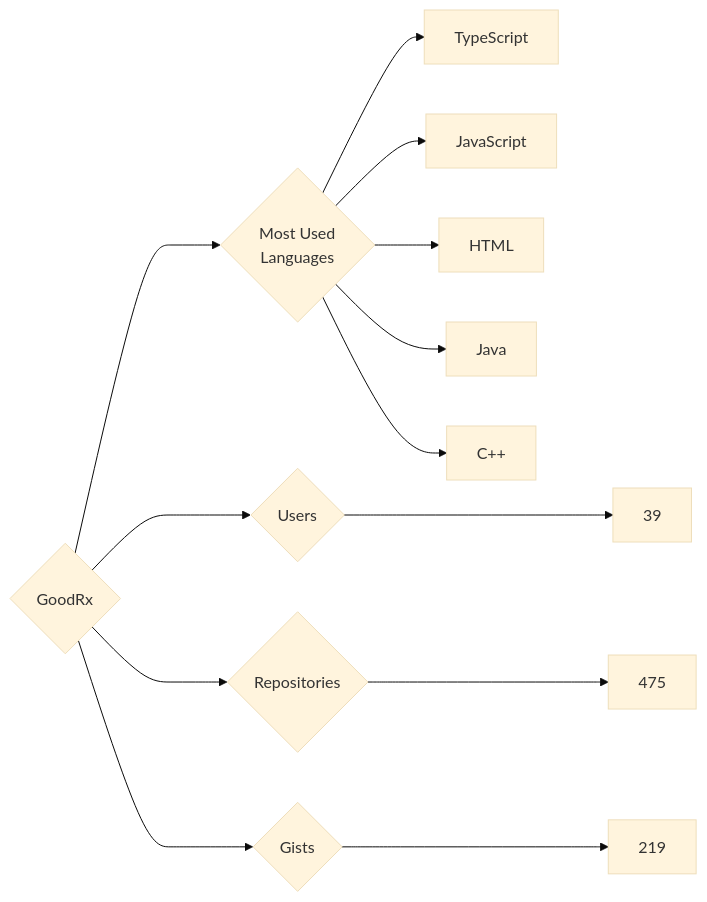
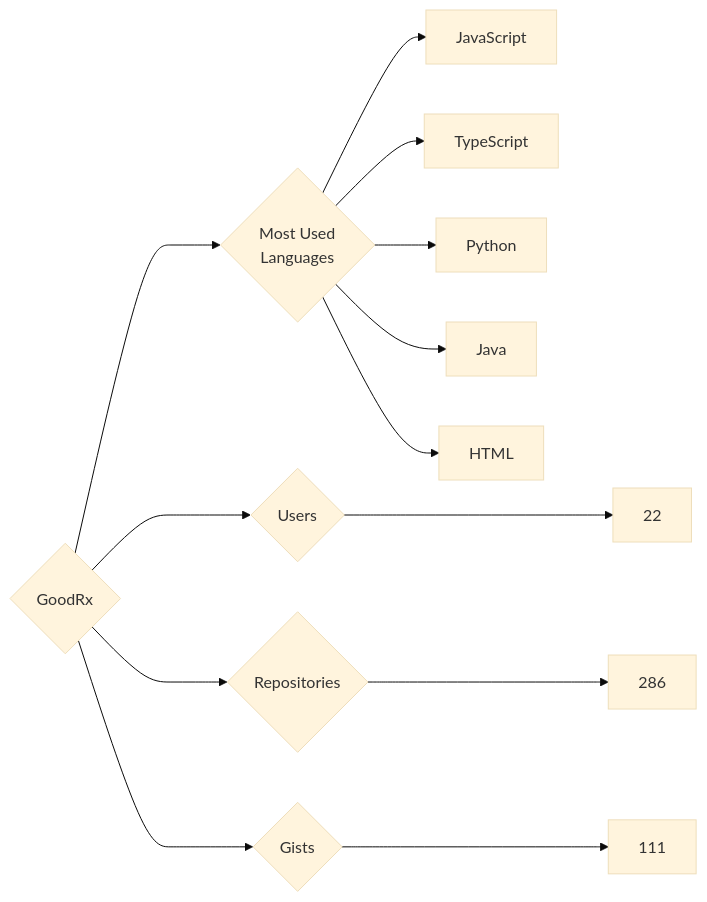
The diagram in targets/GoodRx/README.md (trickest/insiders), drawn with Mermaid (base theme) before and after one commit. The commit also changed 749 other files, not shown here.

````diff
--- a/targets/GoodRx/README.md
+++ b/targets/GoodRx/README.md
@@ -3,13 +3,13 @@
 ```mermaid
 graph LR
 COMPANY_NAME{GoodRx}
-COMPANY_NAME ---> U{Users} ---> UN[39]
-COMPANY_NAME ---> R{Repositories} ---> RN[475]
-COMPANY_NAME ---> G{Gists} ---> GN[219]
+COMPANY_NAME ---> U{Users} ---> UN[22]
+COMPANY_NAME ---> R{Repositories} ---> RN[286]
+COMPANY_NAME ---> G{Gists} ---> GN[111]
 COMPANY_NAME ---> ML{Most Used<br>Languages}
+ML --> JavaScript[JavaScript]
 ML --> TypeScript[TypeScript]
-ML --> JavaScript[JavaScript]
+ML --> Python[Python]
+ML --> Java[Java]
 ML --> HTML[HTML]
-ML --> Java[Java]
-ML --> C++[C++]
 ```
````
